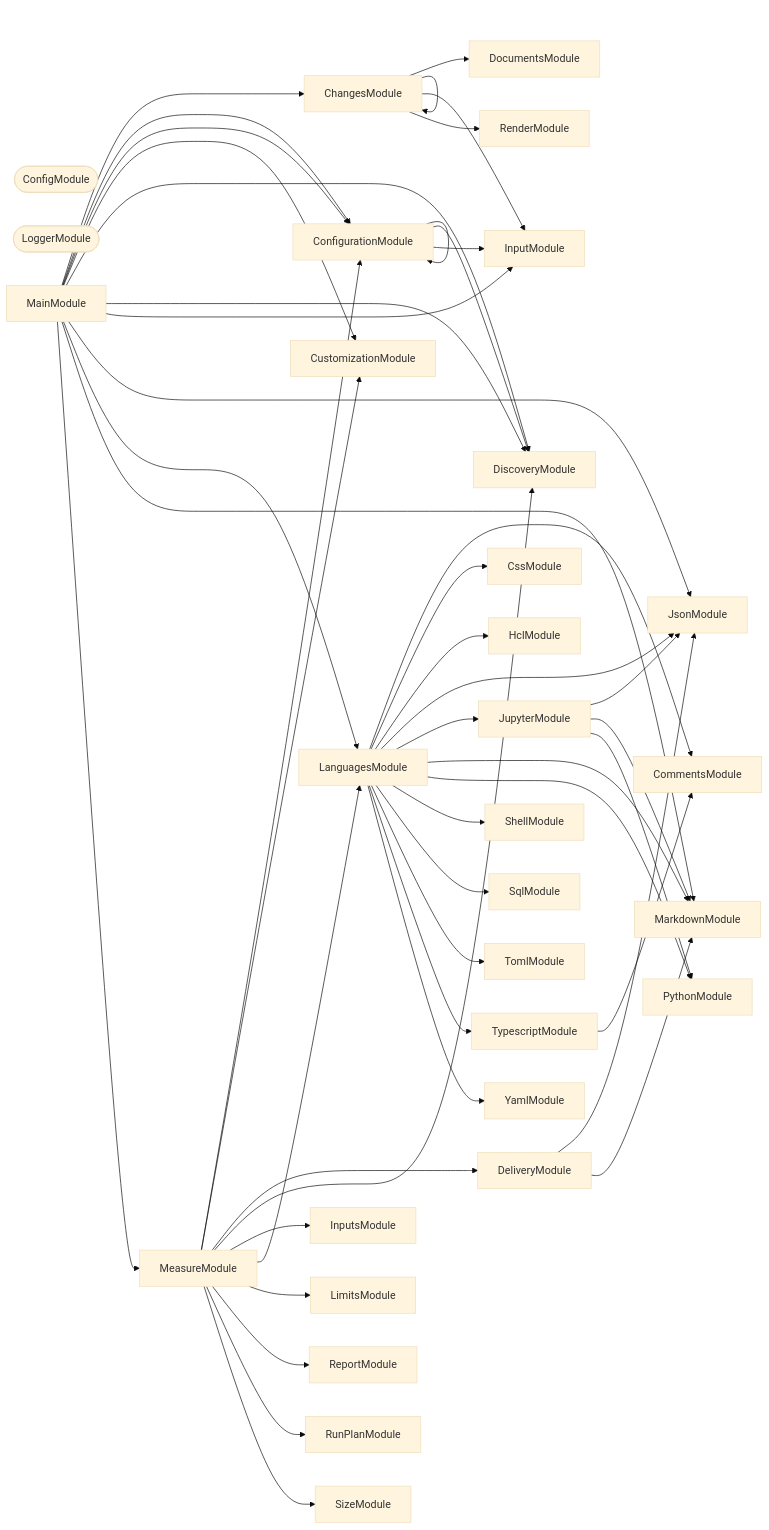
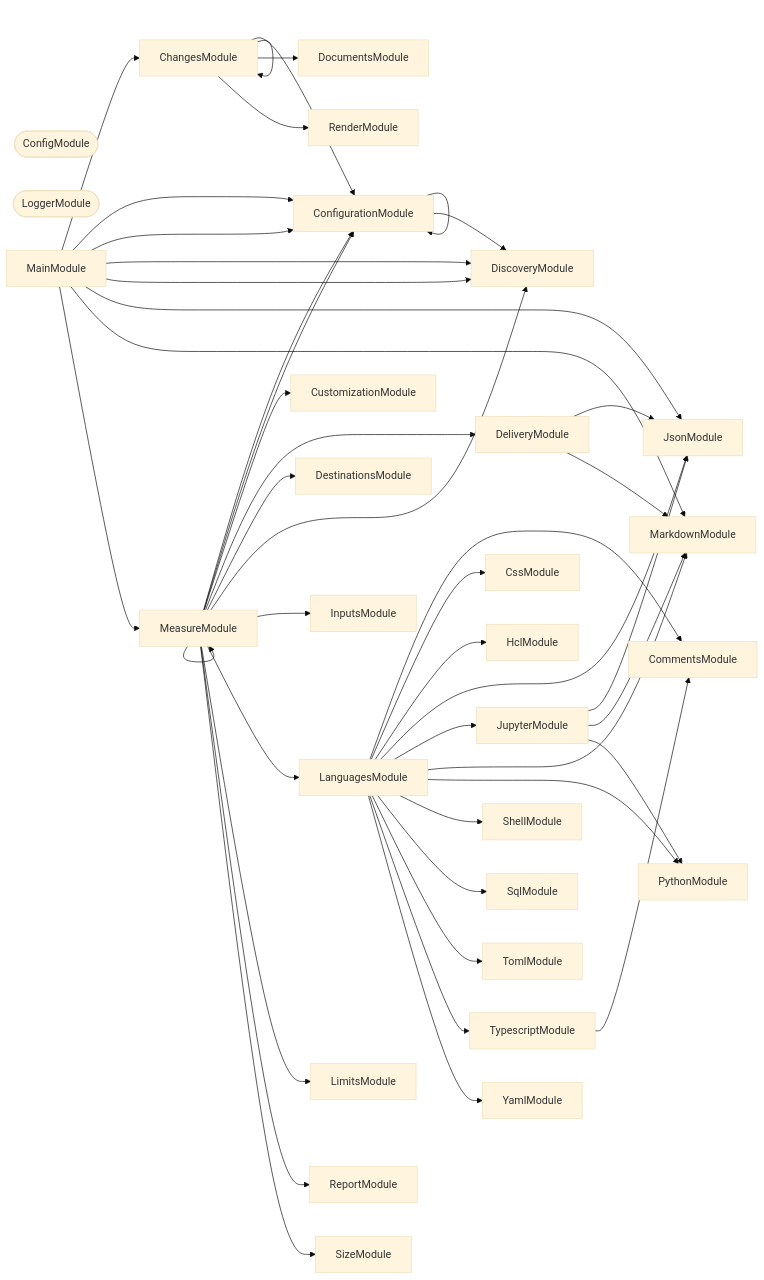
The second of 3 diagrams in packages/ic-suite/codometer/codometer-cli/README.md (JimmyPaolini/codebase), drawn with Mermaid (base theme) before and after one commit. The commit also changed other lines of this file and 251 other files, not shown here.

````diff
--- a/packages/ic-suite/codometer/codometer-cli/README.md
+++ b/packages/ic-suite/codometer/codometer-cli/README.md
@@ -925,79 +897,76 @@
 ```mermaid
 flowchart LR
   ChangesModule
   CommentsModule
   ConfigModule([ConfigModule])
   ConfigurationModule
   CssModule
   CustomizationModule
   DeliveryModule
+  DestinationsModule
   DiscoveryModule
   DocumentsModule
   HclModule
-  InputModule
   InputsModule
   JsonModule
   JupyterModule
   LanguagesModule
   LimitsModule
   LoggerModule([LoggerModule])
   MainModule
   MarkdownModule
   MeasureModule
   PythonModule
   RenderModule
   ReportModule
-  RunPlanModule
   ShellModule
   SizeModule
   SqlModule
   TomlModule
   TypescriptModule
   YamlModule
   ChangesModule --> ChangesModule
+  ChangesModule --> ConfigurationModule
   ChangesModule --> DocumentsModule
-  ChangesModule --> InputModule
   ChangesModule --> RenderModule
   ConfigurationModule --> ConfigurationModule
   ConfigurationModule --> DiscoveryModule
-  ConfigurationModule --> InputModule
   DeliveryModule --> JsonModule
   DeliveryModule --> MarkdownModule
   JupyterModule --> JsonModule
   JupyterModule --> MarkdownModule
   JupyterModule --> PythonModule
   LanguagesModule --> CommentsModule
   LanguagesModule --> CssModule
   LanguagesModule --> HclModule
   LanguagesModule --> JsonModule
   LanguagesModule --> JupyterModule
   LanguagesModule --> MarkdownModule
   LanguagesModule --> PythonModule
   LanguagesModule --> ShellModule
   LanguagesModule --> SqlModule
   LanguagesModule --> TomlModule
   LanguagesModule --> TypescriptModule
   LanguagesModule --> YamlModule
   MainModule --> ChangesModule
   MainModule --> ConfigurationModule
   MainModule --> ConfigurationModule
-  MainModule --> CustomizationModule
   MainModule --> DiscoveryModule
   MainModule --> DiscoveryModule
-  MainModule --> InputModule
   MainModule --> JsonModule
-  MainModule --> LanguagesModule
   MainModule --> MarkdownModule
   MainModule --> MeasureModule
   MeasureModule --> ConfigurationModule
+  MeasureModule --> ConfigurationModule
   MeasureModule --> CustomizationModule
   MeasureModule --> DeliveryModule
+  MeasureModule --> DestinationsModule
   MeasureModule --> DiscoveryModule
   MeasureModule --> InputsModule
   MeasureModule --> LanguagesModule
   MeasureModule --> LimitsModule
+  MeasureModule --> MeasureModule
   MeasureModule --> ReportModule
-  MeasureModule --> RunPlanModule
   MeasureModule --> SizeModule
   TypescriptModule --> CommentsModule
 ```
````
